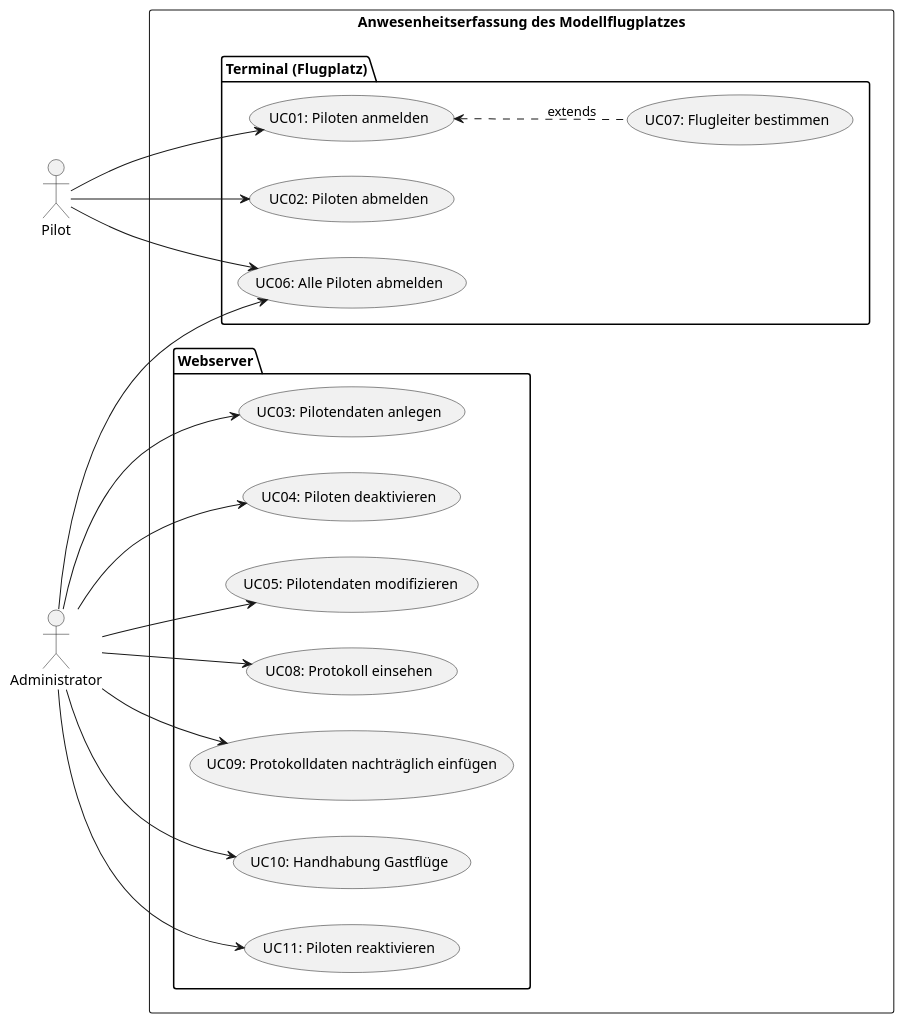
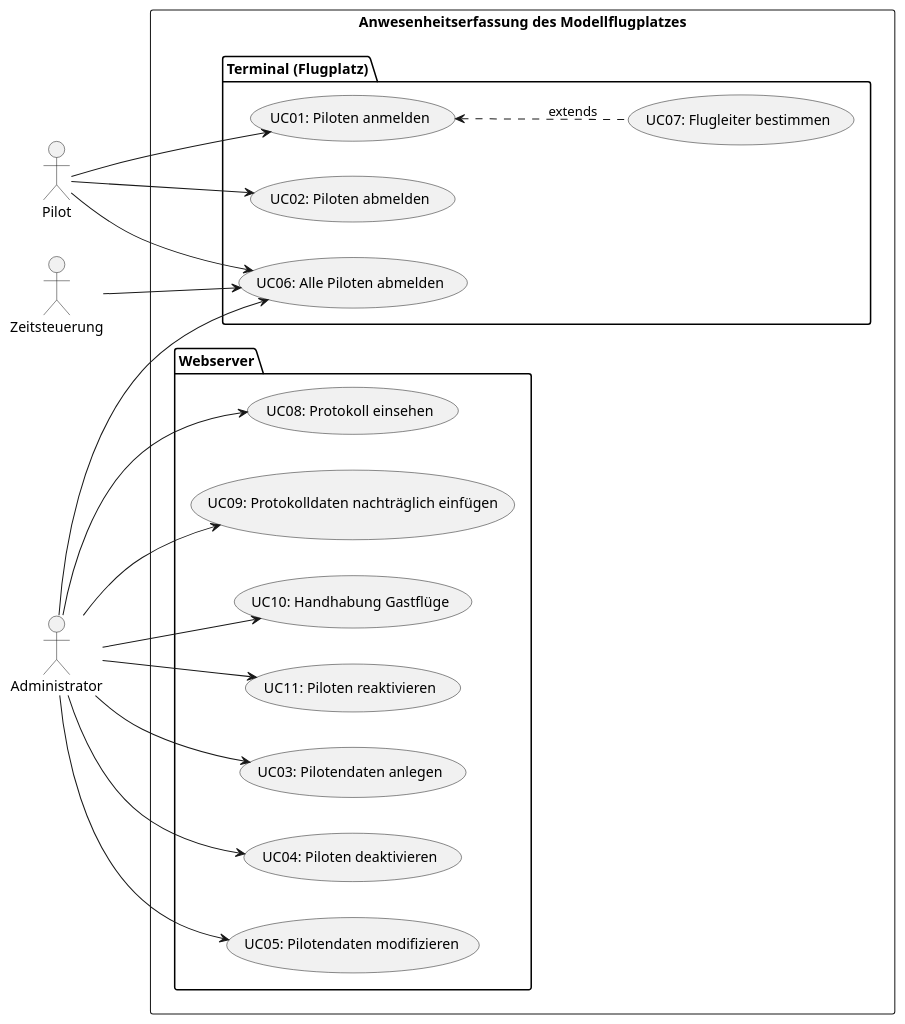
Before and after one commit to Lernni/E2-Anwesenheitserfassung-fuer-Modellflugplatz: the diagram in docs/requirements/images/Use-Case-Diagramm/use_case_diagram.puml, drawn with PlantUML. The commit also changed 2 other files, not shown here.

```diff
--- a/docs/requirements/images/Use-Case-Diagramm/use_case_diagram.puml
+++ b/docs/requirements/images/Use-Case-Diagramm/use_case_diagram.puml
@@ -1,59 +1,64 @@
 @startuml use_case_diagram
 
 left to right direction
 
 actor Pilot
 
 actor Administrator
+
+actor Zeitsteuerung
 
 rectangle "Anwesenheitserfassung des Modellflugplatzes" {
   
   package "Terminal (Flugplatz)"{
 
   (UC01: Piloten anmelden)
   (UC02: Piloten abmelden)
   (UC06: Alle Piloten abmelden)
   (UC07: Flugleiter bestimmen)
 
   }
   
   package "Webserver"{
 
   (UC03: Pilotendaten anlegen)
   (UC04: Piloten deaktivieren)
   (UC05: Pilotendaten modifizieren)
   (UC08: Protokoll einsehen)
   (UC09: Protokolldaten nachträglich einfügen)
   (UC10: Handhabung Gastflüge)
   (UC11: Piloten reaktivieren)
   
   }
 }
 
 
 Pilot --> (UC01: Piloten anmelden)
 (UC01: Piloten anmelden) <.down. (UC07: Flugleiter bestimmen) : extends
 
 Pilot --> (UC02: Piloten abmelden)
 
 Pilot --> (UC06: Alle Piloten abmelden)
 
 
 Administrator --> (UC03: Pilotendaten anlegen) 
 
 Administrator --> (UC04: Piloten deaktivieren) 
 
 Administrator --> (UC05: Pilotendaten modifizieren) 
 
 Administrator --> (UC08: Protokoll einsehen) 
 
 Administrator --> (UC09: Protokolldaten nachträglich einfügen) 
 
 Administrator -->  (UC10: Handhabung Gastflüge)
 
 Administrator --> (UC06: Alle Piloten abmelden)
 
 Administrator --> (UC11: Piloten reaktivieren)
 
 
+Zeitsteuerung --> (UC06: Alle Piloten abmelden)
+
+
 @enduml
```
